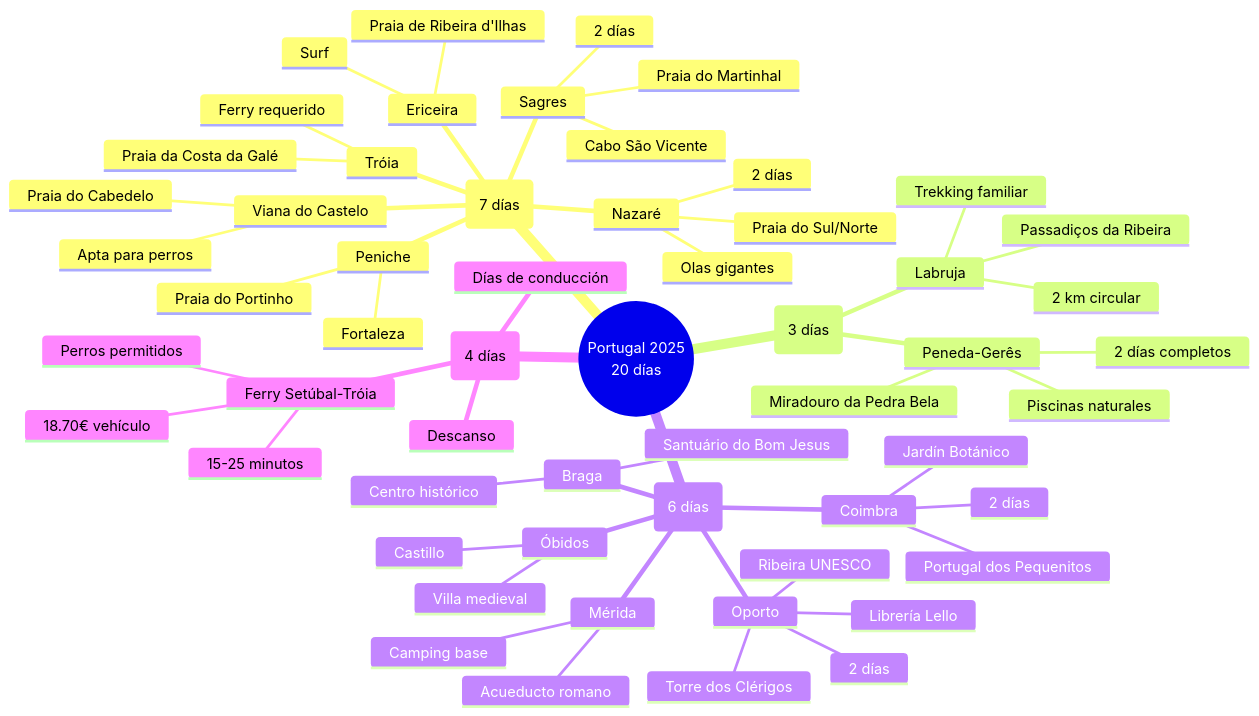
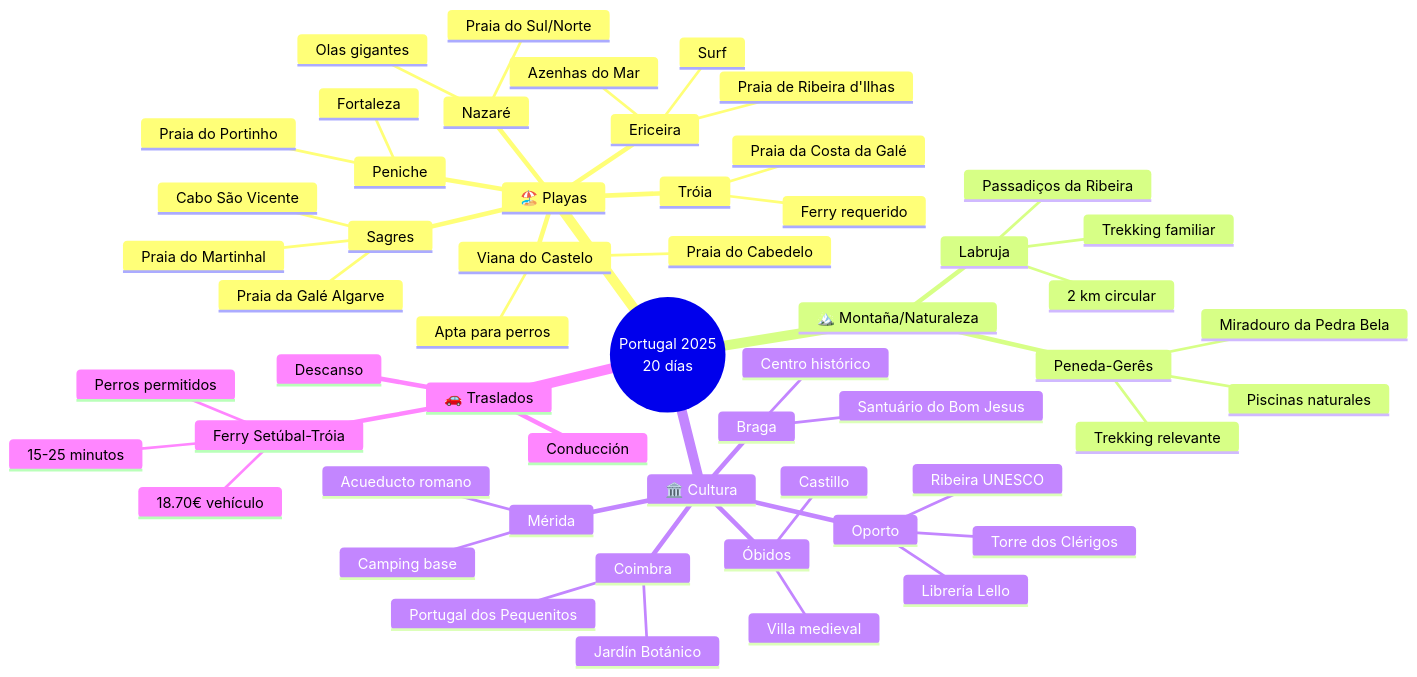
One commit to carlosrodlop/carlosrodlop-docs changed the second of 4 diagrams in trips/Portugal_2025.md. Above: the diagram before and after it, drawn with Mermaid. The commit also changed other lines of this file, not shown here.

````diff
--- a/trips/Portugal_2025.md
+++ b/trips/Portugal_2025.md
@@ -156,60 +259,58 @@
 ```mermaid
 mindmap
   root((Portugal 2025<br/>20 días))
-    🏖️ Playas (7 días)
+    🏖️ Playas
       Viana do Castelo
         Praia do Cabedelo
         Apta para perros
       Nazaré
         Praia do Sul/Norte
         Olas gigantes
-        2 días
       Peniche
         Praia do Portinho
         Fortaleza
       Ericeira
         Praia de Ribeira d'Ilhas
         Surf
+        Azenhas do Mar
       Tróia
         Praia da Costa da Galé
         Ferry requerido
       Sagres
         Praia do Martinhal
         Cabo São Vicente
-        2 días
-    🏔️ Montaña/Naturaleza (3 días)
+        Praia da Galé Algarve
+    🏔️ Montaña/Naturaleza
       Peneda-Gerês
         Miradouro da Pedra Bela
         Piscinas naturales
-        2 días completos
+        Trekking relevante
       Labruja
         Passadiços da Ribeira
+        Trekking familiar
         2 km circular
-        Trekking familiar
-    🏛️ Cultura (6 días)
+    🏛️ Cultura
       Mérida
         Acueducto romano
         Camping base
       Braga
         Santuário do Bom Jesus
         Centro histórico
       Oporto
         Librería Lello
         Torre dos Clérigos
         Ribeira UNESCO
-        2 días
       Coimbra
         Portugal dos Pequenitos
         Jardín Botánico
-        2 días
       Óbidos
         Villa medieval
         Castillo
-    🚗 Traslados (4 días)
-      Días de conducción
+    🚗 Traslados
+      Conducción
       Descanso
       Ferry Setúbal-Tróia
         15-25 minutos
         18.70€ vehículo
         Perros permitidos
 ```
````
